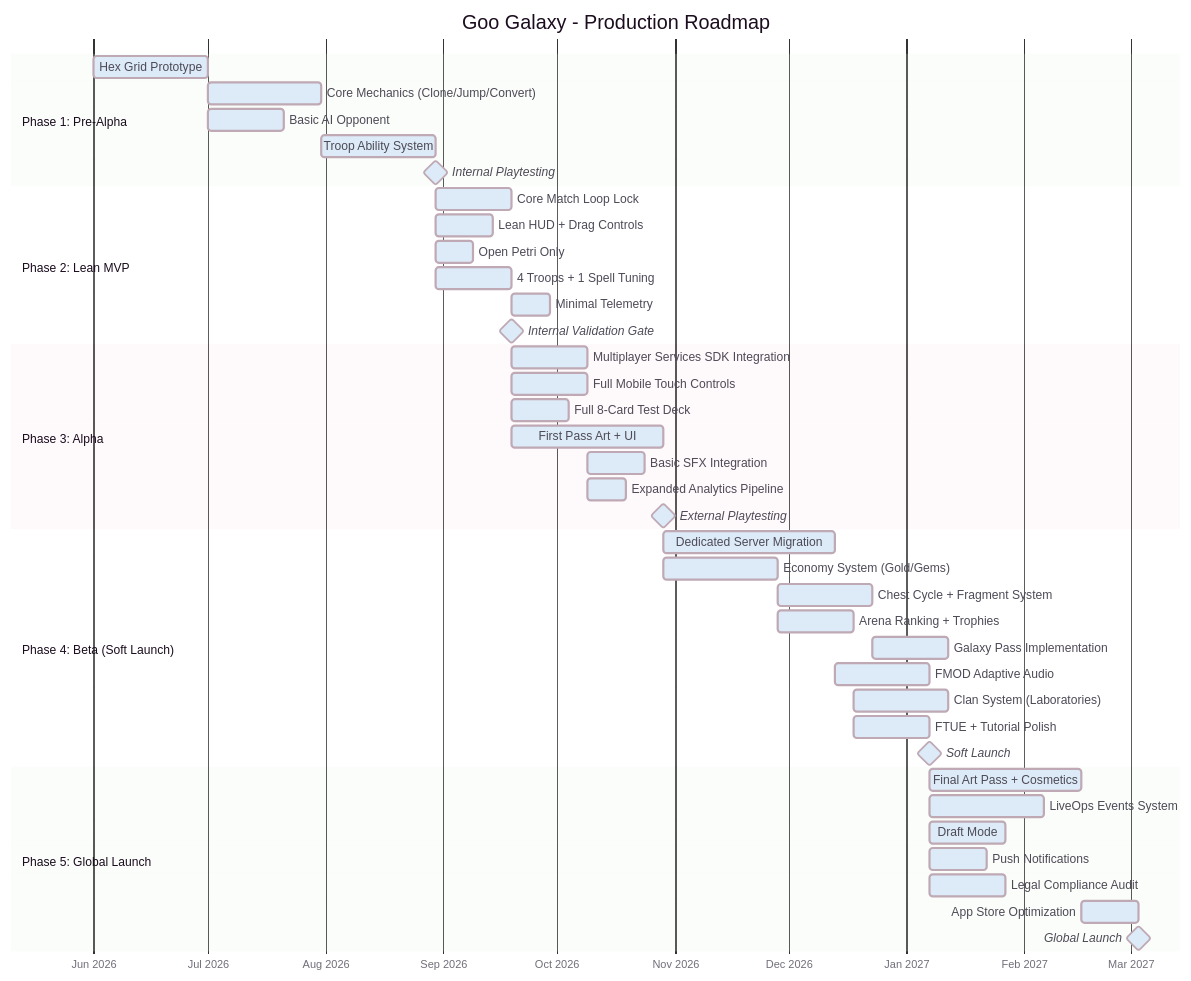
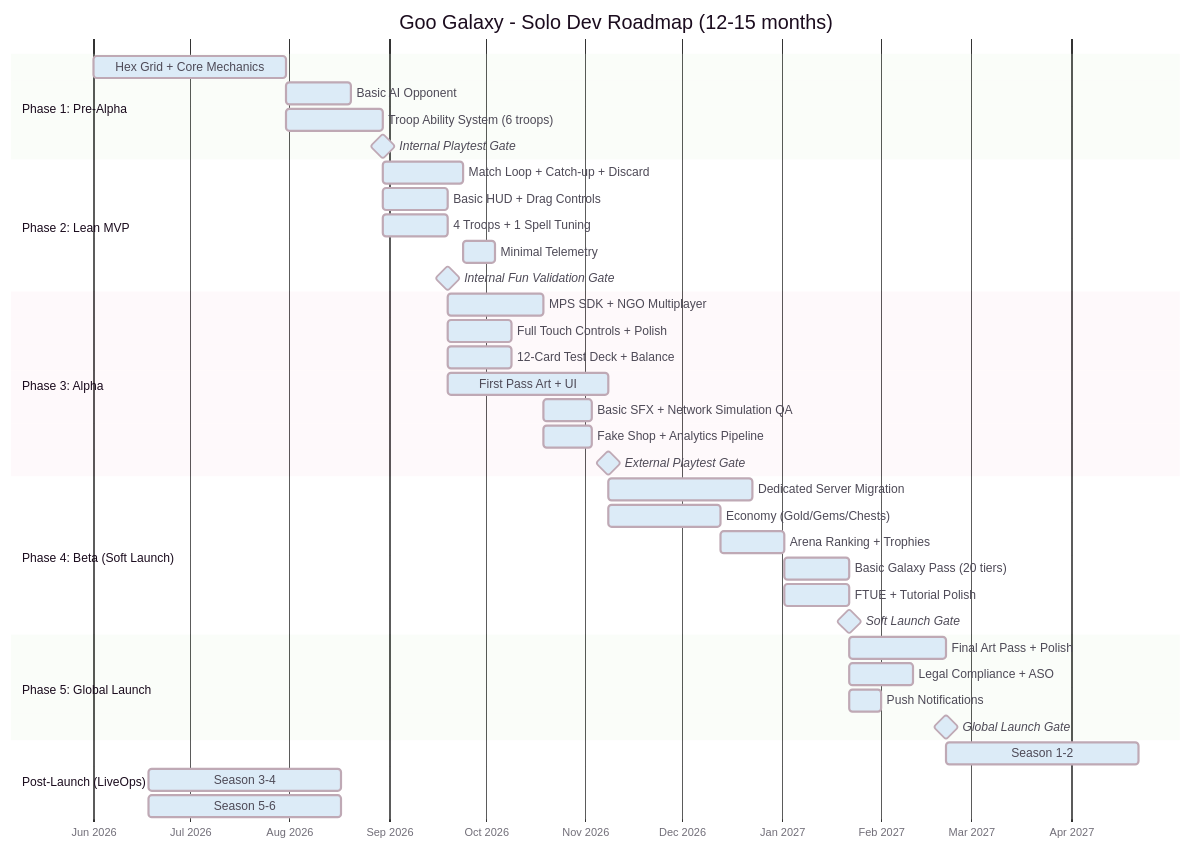
One commit to unknown-studios-code/goo-galaxy changed the diagram in .docs/GDD/09_MVP_And_Roadmap.md. Above: the diagram before and after it, drawn with Mermaid. The commit also changed other lines of this file and 20 other files, not shown here.

````diff
--- a/.docs/GDD/09_MVP_And_Roadmap.md
+++ b/.docs/GDD/09_MVP_And_Roadmap.md
@@ -90,51 +97,48 @@
 ```mermaid
 %%{init: {"theme":"base","themeVariables":{"primaryColor":"#F7E1E8","secondaryColor":"#DCEBF7","tertiaryColor":"#E4F3E1","primaryBorderColor":"#BFA9B5","lineColor":"#A8B6C8","primaryTextColor":"#4E4A57","clusterBkg":"#FAF5EA","clusterBorder":"#CDBFAF","edgeLabelBackground":"#FFF9F2","noteBkgColor":"#F7F1FA","noteTextColor":"#4E4A57","taskBkgColor":"#DCEBF7","taskTextColor":"#4E4A57","taskTextOutsideColor":"#4E4A57","sectionBkgColor":"#E4F3E1","sectionBorderColor":"#BCD0B9","gridColor":"#E8DDD3","todayLineColor":"#C7A7B5","actorBkg":"#F7E1E8","actorBorder":"#BFA9B5","actorTextColor":"#4E4A57","signalColor":"#A8B6C8","signalTextColor":"#4E4A57","labelBoxBkgColor":"#FFF9F2","labelBoxBorderColor":"#CDBFAF","labelTextColor":"#4E4A57"}}}%%
 gantt
-    title Goo Galaxy - Production Roadmap
+    title Goo Galaxy - Solo Dev Roadmap (12-15 months)
     dateFormat YYYY-MM-DD
     axisFormat %b %Y
 
     section Phase 1: Pre-Alpha
-    Hex Grid Prototype       :p1a, 2026-06-01, 30d
-    Core Mechanics (Clone/Jump/Convert) :p1b, after p1a, 30d
-    Basic AI Opponent        :p1c, after p1a, 20d
-    Troop Ability System     :p1d, after p1b, 30d
-    Internal Playtesting     :milestone, after p1d, 0d
+    Hex Grid + Core Mechanics           :p1a, 2026-06-01, 60d
+    Basic AI Opponent                   :p1b, after p1a, 20d
+    Troop Ability System (6 troops)     :p1c, after p1a, 30d
+    Internal Playtest Gate              :milestone, after p1c, 0d
 
     section Phase 2: Lean MVP
-    Core Match Loop Lock          :p2a, after p1d, 20d
-    Lean HUD + Drag Controls      :p2b, after p1d, 15d
-    Open Petri Only               :p2c, after p1d, 10d
-    4 Troops + 1 Spell Tuning     :p2d, after p1d, 20d
-    Minimal Telemetry             :p2e, after p2a, 10d
-    Internal Validation Gate      :milestone, after p2d, 0d
+    Match Loop + Catch-up + Discard     :p2a, after p1c, 25d
+    Basic HUD + Drag Controls           :p2b, after p1c, 20d
+    4 Troops + 1 Spell Tuning           :p2c, after p1c, 20d
+    Minimal Telemetry                   :p2d, after p2a, 10d
+    Internal Fun Validation Gate        :milestone, after p2c, 0d
 
     section Phase 3: Alpha
-    Multiplayer Services SDK Integration  :p3a, after p2d, 20d
-    Full Mobile Touch Controls       :p3b, after p2d, 20d
-    Full 8-Card Test Deck            :p3c, after p2d, 15d
-    First Pass Art + UI              :p3d, after p2d, 40d
-    Basic SFX Integration            :p3e, after p3a, 15d
-    Expanded Analytics Pipeline      :p3f, after p3a, 10d
-    External Playtesting             :milestone, after p3d, 0d
+    MPS SDK + NGO Multiplayer           :p3a, after p2c, 30d
+    Full Touch Controls + Polish        :p3b, after p2c, 20d
+    12-Card Test Deck + Balance         :p3c, after p2c, 20d
+    First Pass Art + UI                 :p3d, after p2c, 50d
+    Basic SFX + Network Simulation QA   :p3e, after p3a, 15d
+    Fake Shop + Analytics Pipeline      :p3f, after p3a, 15d
+    External Playtest Gate              :milestone, after p3d, 0d
 
     section Phase 4: Beta (Soft Launch)
-    Dedicated Server Migration    :p4a, after p3d, 45d
-    Economy System (Gold/Gems)    :p4b, after p3d, 30d
-    Chest Cycle + Fragment System :p4c, after p4b, 25d
-    Arena Ranking + Trophies      :p4d, after p4b, 20d
-    Galaxy Pass Implementation    :p4e, after p4c, 20d
-    FMOD Adaptive Audio           :p4f, after p4a, 25d
-    Clan System (Laboratories)    :p4g, after p4d, 25d
-    FTUE + Tutorial Polish        :p4h, after p4d, 20d
-    Soft Launch                   :milestone, after p4h, 0d
+    Dedicated Server Migration          :p4a, after p3d, 45d
+    Economy (Gold/Gems/Chests)          :p4b, after p3d, 35d
+    Arena Ranking + Trophies            :p4c, after p4b, 20d
+    Basic Galaxy Pass (20 tiers)        :p4d, after p4c, 20d
+    FTUE + Tutorial Polish              :p4e, after p4c, 20d
+    Soft Launch Gate                    :milestone, after p4e, 0d
 
     section Phase 5: Global Launch
-    Final Art Pass + Cosmetics    :p5a, after p4h, 40d
-    LiveOps Events System         :p5b, after p4h, 30d
-    Draft Mode                    :p5c, after p4h, 20d
-    Push Notifications            :p5d, after p4h, 15d
-    Legal Compliance Audit        :p5e, after p4h, 20d
-    App Store Optimization        :p5f, after p5a, 15d
-    Global Launch                 :milestone, after p5f, 0d
+    Final Art Pass + Polish             :p5a, after p4e, 30d
+    Legal Compliance + ASO              :p5b, after p4e, 20d
+    Push Notifications                  :p5c, after p4e, 10d
+    Global Launch Gate                  :milestone, after p5a, 0d
+
+    section Post-Launch (LiveOps)
+    Season 1-2: Cards + Events          :s1, after p5a, 60d
+    Season 3-4: Clans + Draft Mode      :s2, after s1, 60d
+    Season 5-6: Clan Wars + PvE         :s3, after s2, 60d
 ```
````
